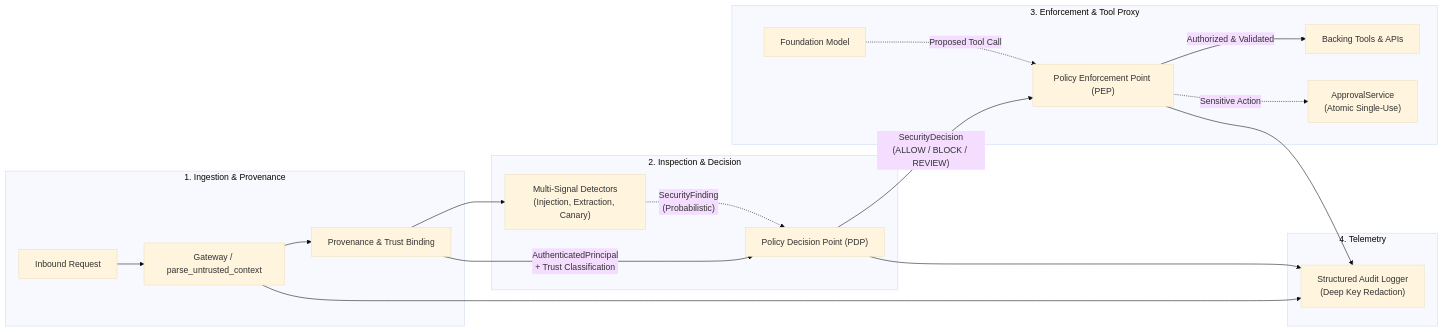
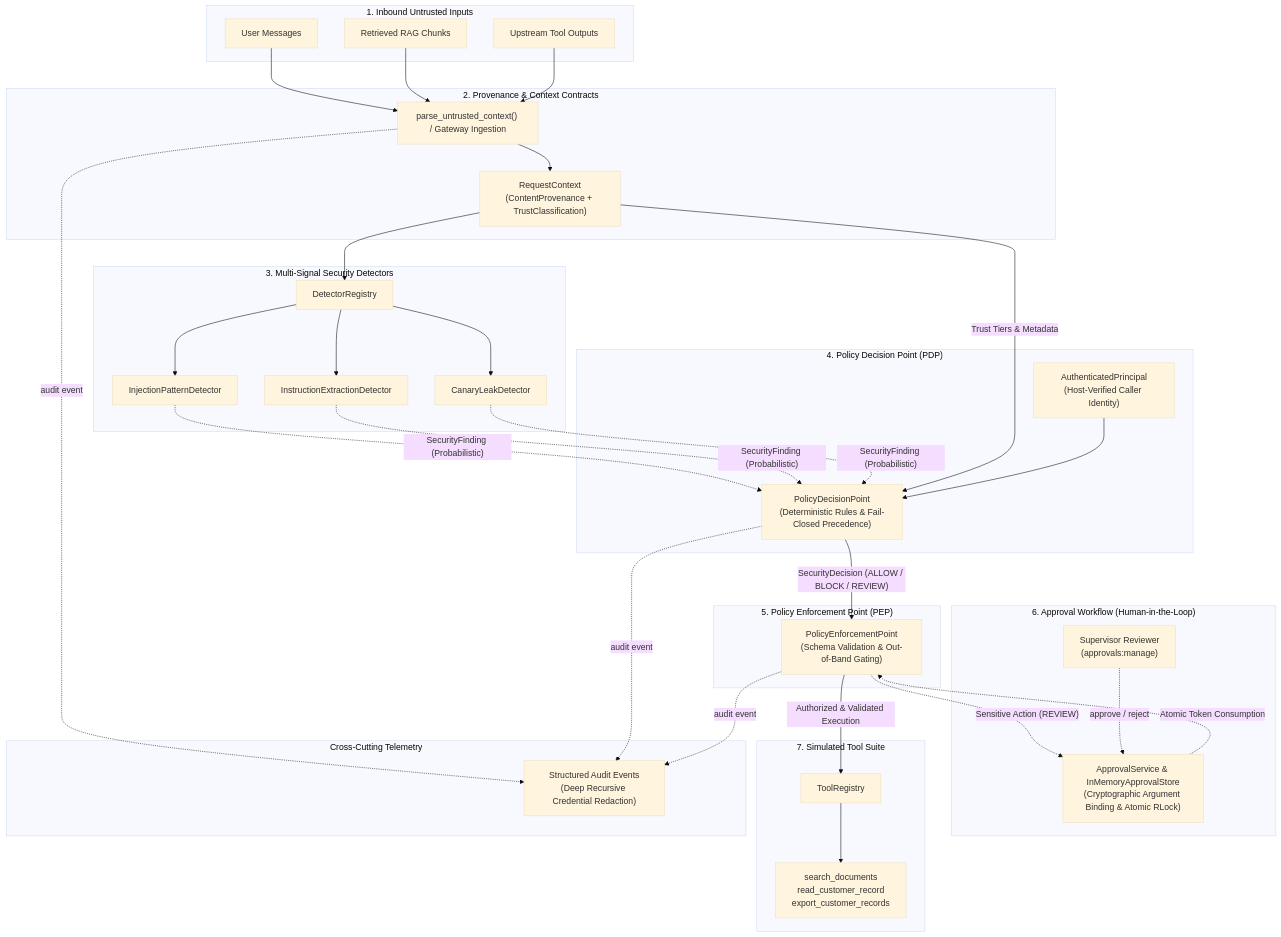
Before and after one commit to yash-mishraa/SentinelLLM: the diagram in README.md, drawn with Mermaid (base theme). The commit also changed other lines of this file and 8 other files, not shown here.

````diff
--- a/README.md
+++ b/README.md
@@ -31,26 +45,71 @@
 ```mermaid
-flowchart LR
-    subgraph Ingestion["1. Ingestion & Provenance"]
-        Req["Inbound Request"] --> GW["Gateway / parse_untrusted_context"]
-        GW --> Prov["Provenance & Trust Binding"]
+flowchart TD
+    subgraph Inputs["1. Inbound Untrusted Inputs"]
+        UserIn["User Messages"]
+        RAGIn["Retrieved RAG Chunks"]
+        ToolIn["Upstream Tool Outputs"]
     end
 
-    subgraph Inspection["2. Inspection & Decision"]
-        Prov --> Dets["Multi-Signal Detectors\n(Injection, Extraction, Canary)"]
-        Dets -.->|"SecurityFinding\n(Probabilistic)"| PDP["Policy Decision Point (PDP)"]
-        Prov -->|"AuthenticatedPrincipal\n+ Trust Classification"| PDP
+    subgraph Contracts["2. Provenance & Context Contracts"]
+        GW["parse_untrusted_context() / Gateway Ingestion"]
+        Ctx["RequestContext\n(ContentProvenance + TrustClassification)"]
     end
 
-    subgraph Enforcement["3. Enforcement & Tool Proxy"]
-        PDP -->|"SecurityDecision\n(ALLOW / BLOCK / REVIEW)"| PEP["Policy Enforcement Point (PEP)"]
-        LLM["Foundation Model"] -.->|"Proposed Tool Call"| PEP
-        PEP -->|"Authorized & Validated"| Tools["Backing Tools & APIs"]
-        PEP -.->|"Sensitive Action"| Appr["ApprovalService\n(Atomic Single-Use)"]
+    subgraph Detectors["3. Multi-Signal Security Detectors"]
+        DetReg["DetectorRegistry"]
+        InjDet["InjectionPatternDetector"]
+        ExtDet["InstructionExtractionDetector"]
+        CanDet["CanaryLeakDetector"]
     end
 
-    subgraph Audit["4. Telemetry"]
-        GW --> AUD["Structured Audit Logger\n(Deep Key Redaction)"]
-        PDP --> AUD
-        PEP --> AUD
+    subgraph Policy["4. Policy Decision Point (PDP)"]
+        Principal["AuthenticatedPrincipal\n(Host-Verified Caller Identity)"]
+        PDP["PolicyDecisionPoint\n(Deterministic Rules & Fail-Closed Precedence)"]
     end
+
+    subgraph Enforcement["5. Policy Enforcement Point (PEP)"]
+        PEP["PolicyEnforcementPoint\n(Schema Validation & Out-of-Band Gating)"]
+    end
+
+    subgraph Approvals["6. Approval Workflow (Human-in-the-Loop)"]
+        AppSvc["ApprovalService & InMemoryApprovalStore\n(Cryptographic Argument Binding & Atomic RLock)"]
+        Supervisor["Supervisor Reviewer\n(approvals:manage)"]
+    end
+
+    subgraph Tools["7. Simulated Tool Suite"]
+        ToolReg["ToolRegistry"]
+        SimTools["search_documents\nread_customer_record\nexport_customer_records"]
+    end
+
+    subgraph Audit["Cross-Cutting Telemetry"]
+        AuditLog["Structured Audit Events\n(Deep Recursive Credential Redaction)"]
+    end
+
+    UserIn --> GW
+    RAGIn --> GW
+    ToolIn --> GW
+    GW --> Ctx
+
+    Ctx --> DetReg
+    DetReg --> InjDet
+    DetReg --> ExtDet
+    DetReg --> CanDet
+
+    InjDet -.->|"SecurityFinding (Probabilistic)"| PDP
+    ExtDet -.->|"SecurityFinding (Probabilistic)"| PDP
+    CanDet -.->|"SecurityFinding (Probabilistic)"| PDP
+    Ctx -->|"Trust Tiers & Metadata"| PDP
+    Principal --> PDP
+
+    PDP -->|"SecurityDecision (ALLOW / BLOCK / REVIEW)"| PEP
+    PEP -->|"Authorized & Validated Execution"| ToolReg
+    ToolReg --> SimTools
+
+    PEP -.->|"Sensitive Action (REVIEW)"| AppSvc
+    Supervisor -.->|"approve / reject"| AppSvc
+    AppSvc -.->|"Atomic Token Consumption"| PEP
+
+    GW -.->|"audit event"| AuditLog
+    PDP -.->|"audit event"| AuditLog
+    PEP -.->|"audit event"| AuditLog
 ```
````
